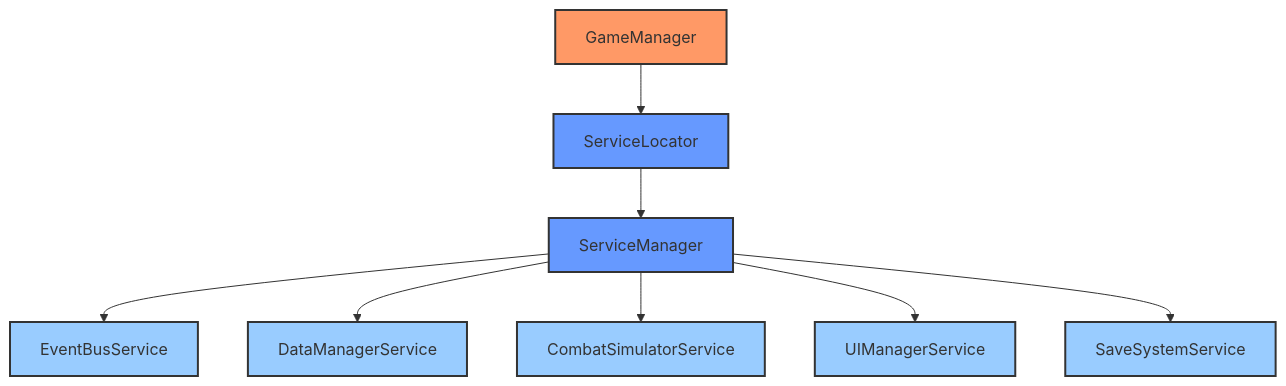
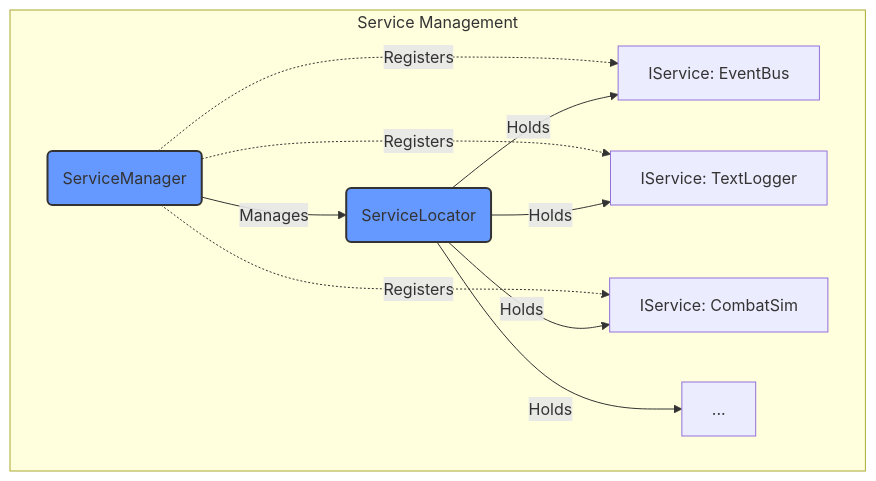
The first of 5 diagrams in Docs/architecture.md (wooson00308/sasha-unity), drawn with Mermaid before and after one commit. The commit also changed other lines of this file, not shown here.

First line of the commit message:
docs: update README and architecture for text-based RPG direction

````diff
--- a/Docs/architecture.md
+++ b/Docs/architecture.md
@@ -9,19 +13,15 @@
 ```mermaid
 graph TD
-    A[GameManager] --> B[ServiceLocator]
-    B --> C[ServiceManager]
-    C --> D1[EventBusService]
-    C --> D2[DataManagerService]
-    C --> D3[CombatSimulatorService]
-    C --> D4[UIManagerService]
-    C --> D5[SaveSystemService]
-
-    style A fill:#f96,stroke:#333,stroke-width:2px
-    style B fill:#69f,stroke:#333,stroke-width:2px
-    style C fill:#69f,stroke:#333,stroke-width:2px
-    style D1 fill:#9cf,stroke:#333,stroke-width:2px
-    style D2 fill:#9cf,stroke:#333,stroke-width:2px
-    style D3 fill:#9cf,stroke:#333,stroke-width:2px
-    style D4 fill:#9cf,stroke:#333,stroke-width:2px
-    style D5 fill:#9cf,stroke:#333,stroke-width:2px
+    subgraph "Service Management"
+        SM(ServiceManager) -- Manages --> SL(ServiceLocator)
+        SL -- Holds --> S1[IService: EventBus]
+        SL -- Holds --> S2[IService: TextLogger]
+        SL -- Holds --> S3[IService: CombatSim]
+        SL -- Holds --> S4[...]
+        SM -. Registers .-> S1
+        SM -. Registers .-> S2
+        SM -. Registers .-> S3
+    end
+    style SM fill:#69f,stroke:#333,stroke-width:2px
+    style SL fill:#69f,stroke:#333,stroke-width:2px
 ```
````
